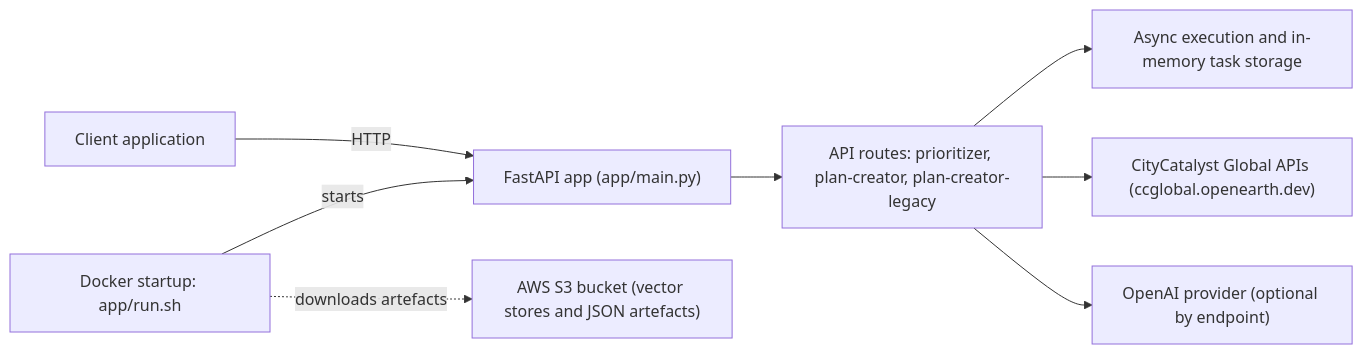
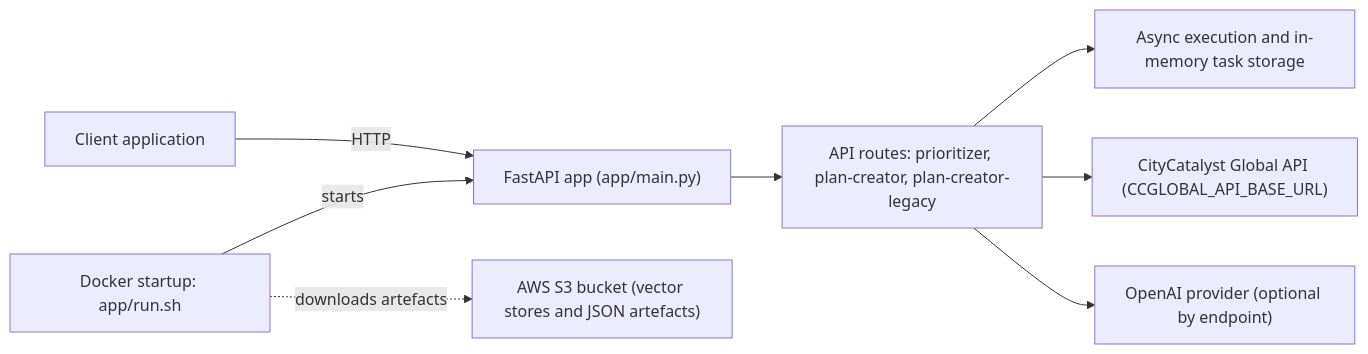
The diagram in hiap/README.md (Open-Earth-Foundation/CityCatalyst), drawn with Mermaid before and after one commit. The commit also changed other lines of this file and 15 other files, not shown here.

Commit message:
chore: aligned the envs, changed hiap URL for prod to prod global api prod url, added tests

````diff
--- a/hiap/README.md
+++ b/hiap/README.md
@@ -34,10 +34,10 @@
 ```mermaid
 flowchart LR
   FE["Client application"] -->|HTTP| API["FastAPI app (app/main.py)"]
   API --> Routes["API routes: prioritizer, plan-creator, plan-creator-legacy"]
   Routes --> Tasks["Async execution and in-memory task storage"]
-  Routes --> CC["CityCatalyst Global APIs (ccglobal.openearth.dev)"]
+  Routes --> CC["CityCatalyst Global API (CCGLOBAL_API_BASE_URL)"]
   Routes --> LLM["OpenAI provider (optional by endpoint)"]
   RunSh["Docker startup: app/run.sh"] -->|starts| API
   RunSh -. downloads artefacts .-> S3["AWS S3 bucket (vector stores and JSON artefacts)"]
 ```
````
